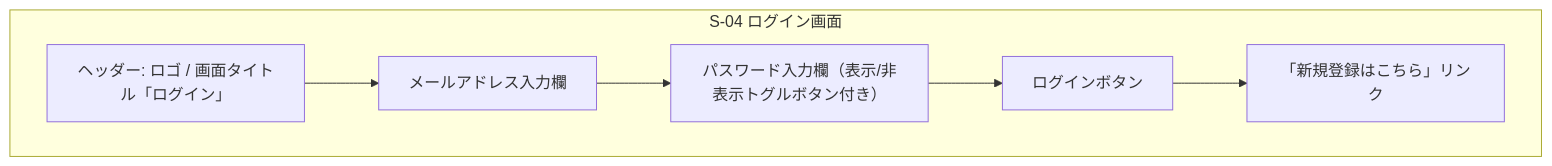
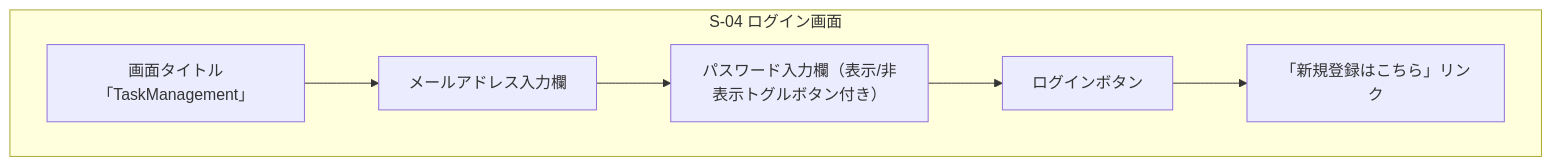
Before and after one commit to yamamotonaoki3/TaskManagement: the fourth of 5 diagrams in docs/details/wireframes.md, drawn with Mermaid. The commit also changed other lines of this file and 16 other files, not shown here.

````diff
--- a/docs/details/wireframes.md
+++ b/docs/details/wireframes.md
@@ -56,11 +57,11 @@
 ```mermaid
 flowchart TB
     subgraph S04[S-04 ログイン画面]
-        H04[ヘッダー: ロゴ / 画面タイトル「ログイン」]
+        H04[画面タイトル「TaskManagement」]
         E04[メールアドレス入力欄]
         P04[パスワード入力欄（表示/非表示トグルボタン付き）]
         B04[ログインボタン]
         L04[「新規登録はこちら」リンク]
         H04 --> E04 --> P04 --> B04 --> L04
     end
 ```
````
